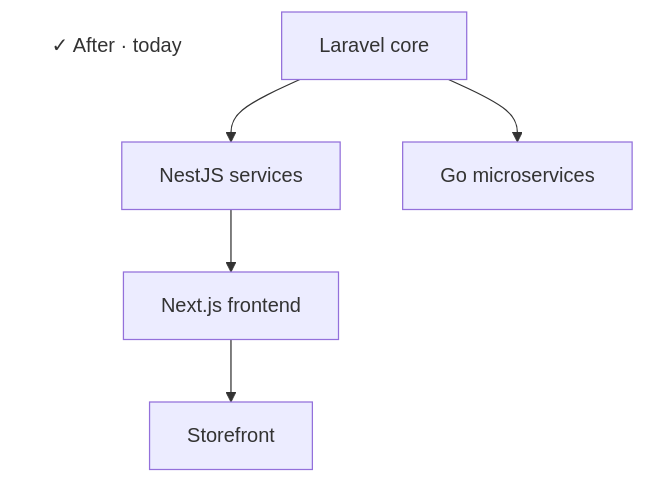
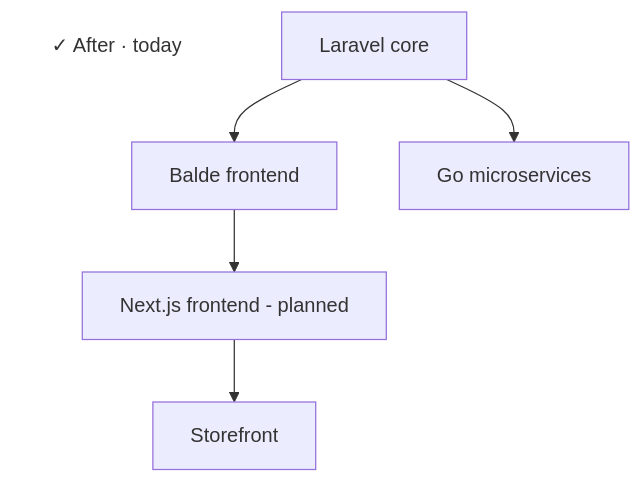
One commit to mdobydullah/obydul.me changed the second of 2 diagrams in content/projects/ecommerce-rebuild.md. Above: the diagram before and after it, drawn with Mermaid. The commit also changed other lines of this file and 18 other files, not shown here.

````diff
--- a/content/projects/ecommerce-rebuild.md
+++ b/content/projects/ecommerce-rebuild.md
@@ -63,9 +62,9 @@
 ```mermaid
 flowchart TB
   title["✓ After · today"]
-  L[Laravel core] --> NS[NestJS services]
-  NS --> NX[Next.js frontend]
+  L[Laravel core] --> NS[Balde frontend]
+  NS --> NX[Next.js frontend - planned]
   NX --> ST2[Storefront]
   L --> GO[Go microservices]
   style title fill:transparent,stroke:transparent
 ```
````
